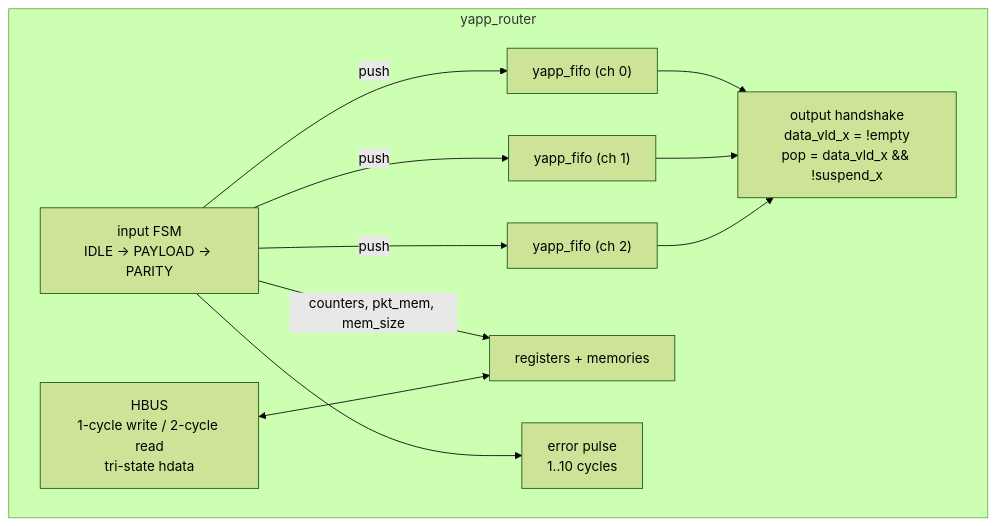
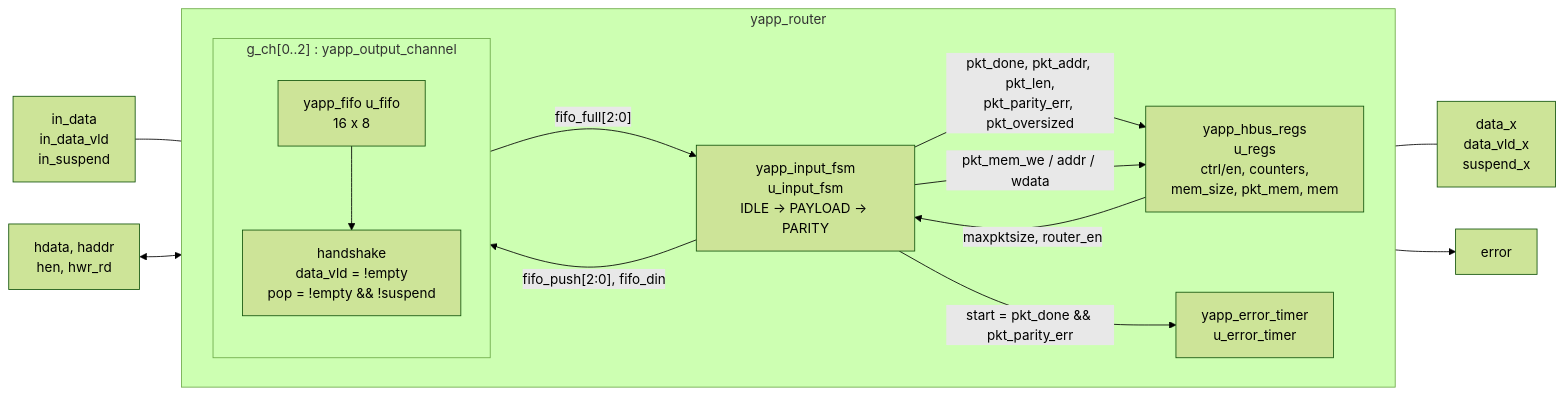
One commit to tamirgabgab/Qcom-Mentoring changed the first of 2 diagrams in docs/dut/rtl.md. Above: the diagram before and after it, drawn with Mermaid (forest theme). The commit also changed other lines of this file and 127 other files, not shown here.

````diff
--- a/docs/dut/rtl.md
+++ b/docs/dut/rtl.md
@@ -11,18 +26,25 @@
 ```mermaid
-flowchart TB
+flowchart LR
     subgraph yapp_router
         direction LR
-        FSM["input FSM<br/>IDLE → PAYLOAD → PARITY"]
-        F0["yapp_fifo (ch 0)"]
-        F1["yapp_fifo (ch 1)"]
-        F2["yapp_fifo (ch 2)"]
-        OUT["output handshake<br/>data_vld_x = !empty<br/>pop = data_vld_x && !suspend_x"]
-        HB["HBUS<br/>1-cycle write / 2-cycle read<br/>tri-state hdata"]
-        REG["registers + memories"]
-        ERR["error pulse<br/>1..10 cycles"]
-        FSM -->|push| F0 & F1 & F2 --> OUT
-        FSM -->|counters, pkt_mem, mem_size| REG
-        FSM --> ERR
-        HB <--> REG
+        FSM["yapp_input_fsm<br/>u_input_fsm<br/>IDLE → PAYLOAD → PARITY"]
+        subgraph CH["g_ch[0..2] : yapp_output_channel"]
+            direction TB
+            FIFO["yapp_fifo u_fifo<br/>16 x 8"]
+            HS["handshake<br/>data_vld = !empty<br/>pop = !empty && !suspend"]
+            FIFO --> HS
+        end
+        REG["yapp_hbus_regs<br/>u_regs<br/>ctrl/en, counters,<br/>mem_size, pkt_mem, mem"]
+        ERR["yapp_error_timer<br/>u_error_timer"]
     end
+    IN["in_data<br/>in_data_vld<br/>in_suspend"] --- FSM
+    FSM -->|"fifo_push[2:0], fifo_din"| FIFO
+    FIFO -->|"fifo_full[2:0]"| FSM
+    HS --- OUT["data_x<br/>data_vld_x<br/>suspend_x"]
+    REG -->|"maxpktsize, router_en"| FSM
+    FSM -->|"pkt_done, pkt_addr, pkt_len,<br/>pkt_parity_err, pkt_oversized"| REG
+    FSM -->|"pkt_mem_we / addr / wdata"| REG
+    FSM -->|"start = pkt_done && pkt_parity_err"| ERR
+    ERR --> E["error"]
+    HB["hdata, haddr<br/>hen, hwr_rd"] <--> REG
 ```
````
